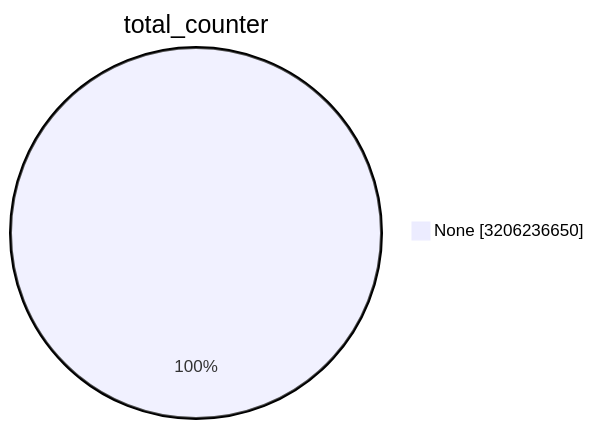
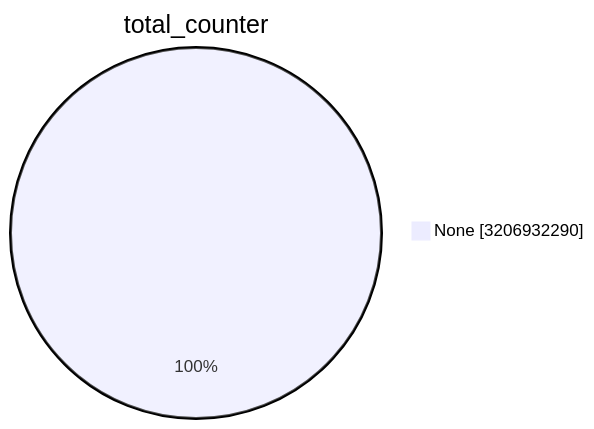
The first of 15 diagrams in TOTAL/README.md (christiankrug/ctmonitor_visualization), drawn with Mermaid before and after one commit. The commit also changed other lines of this file, not shown here.

````diff
--- a/TOTAL/README.md
+++ b/TOTAL/README.md
@@ -1,5 +1,5 @@
 ```mermaid
 pie showData
 title total_counter
-"None" :3206236650
+"None" :3206932290
 ```
````
